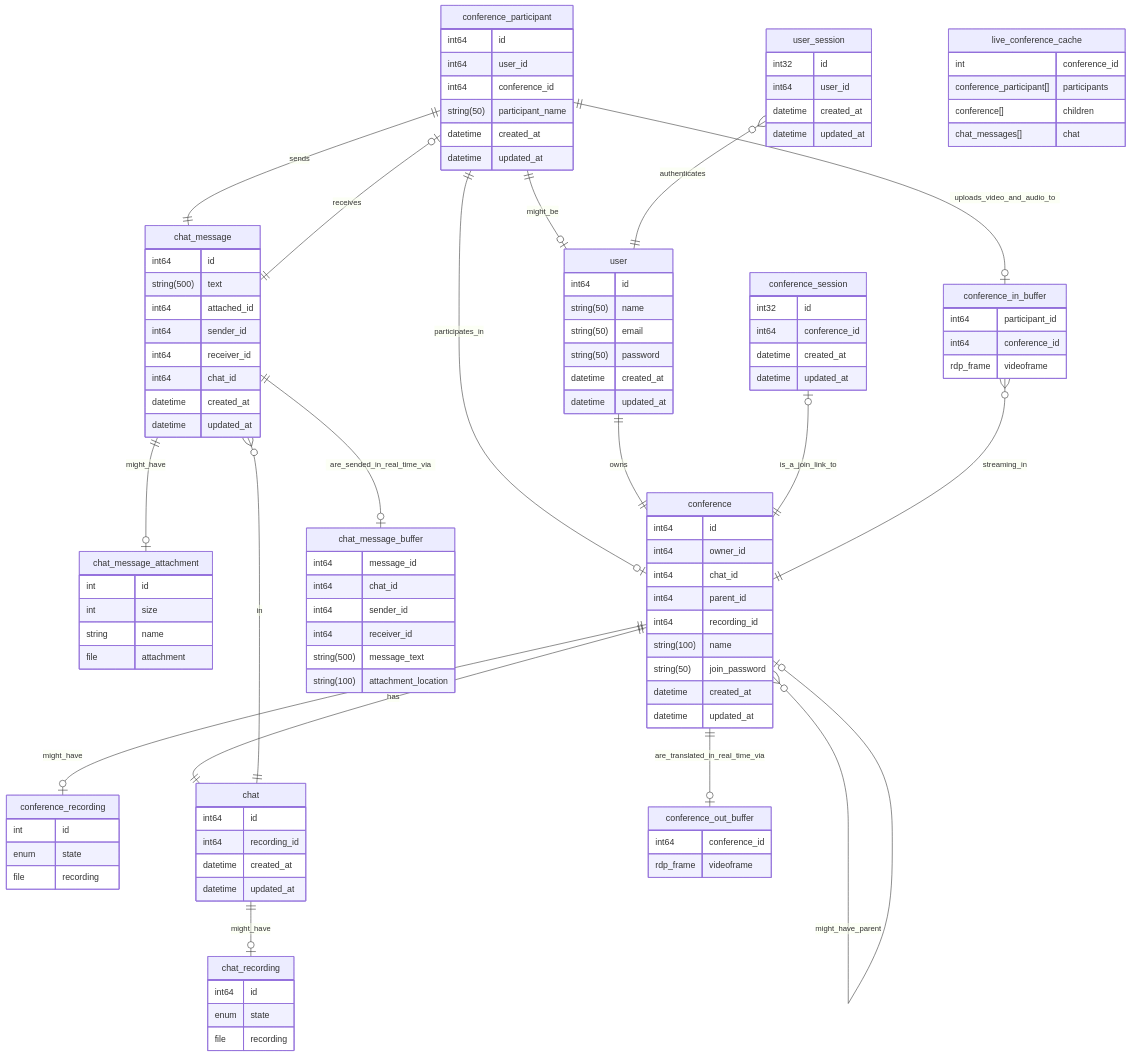
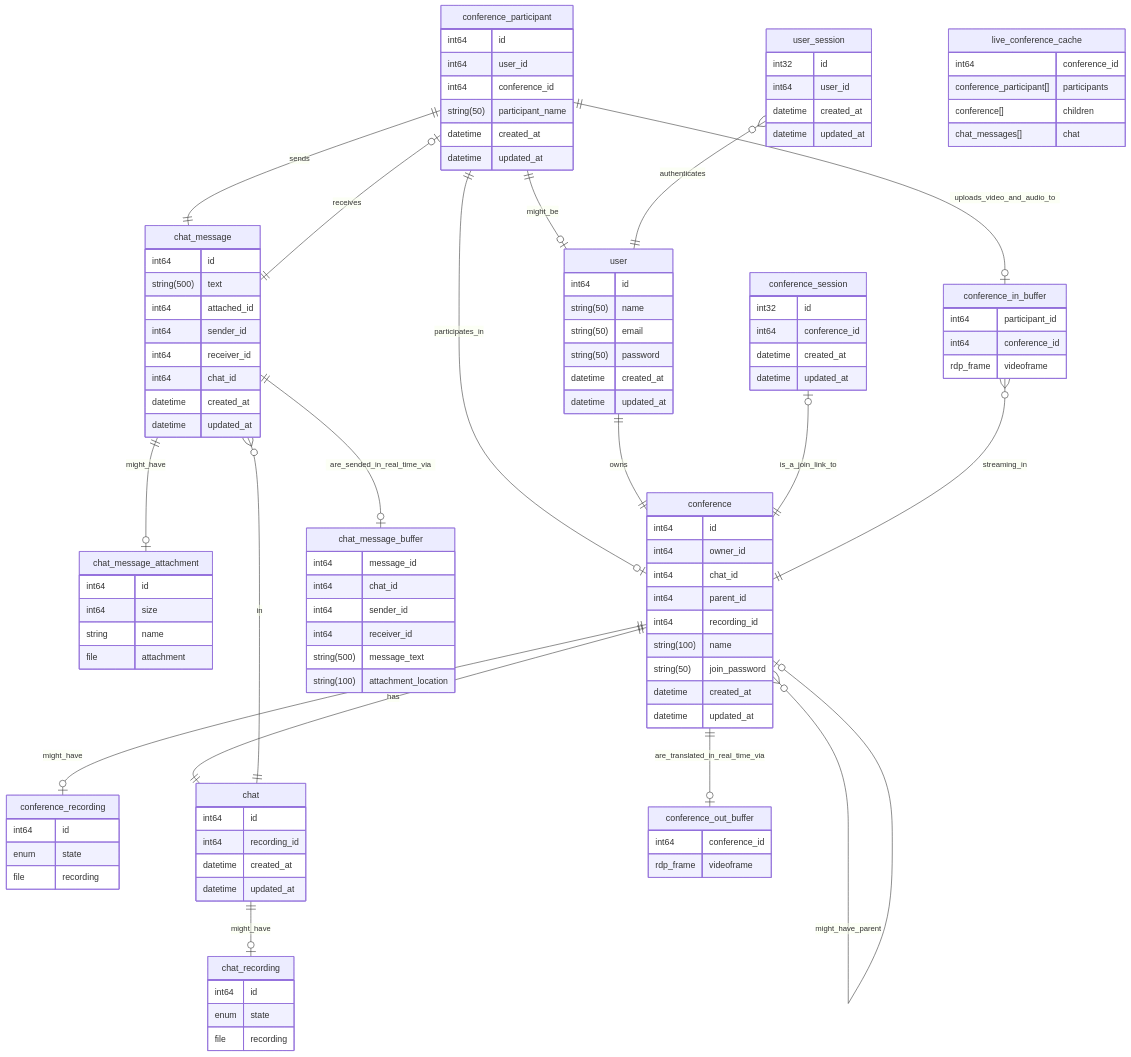
The diagram in README.md (Regikon/highload-2025), drawn with Mermaid before and after one commit.

Commit message:
fix: int sizes

```diff
--- a/README.md
+++ b/README.md
@@ -529,8 +529,8 @@
   }
 
   chat_message_attachment {
-    int id
-    int size
+    int64 id
+    int64 size
     string name
     file attachment
   }
@@ -542,7 +542,7 @@
   }
 
   conference_recording {
-    int id
+    int64 id
     enum state
     file recording
   }
@@ -619,7 +619,7 @@
   }
 
   live_conference_cache {
-    int conference_id
+    int64 conference_id
     conference_participant[] participants
     conference[] children
     chat_messages[] chat
```
